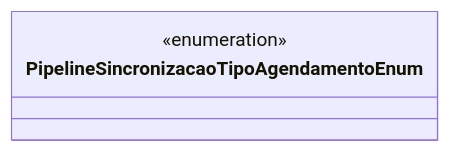
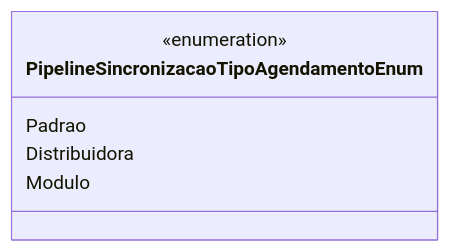
The diagram in docs/b2b-dominio/IsthmusWinthor.Nucleo/IsthmusWinthor.Dominio/Enumeradores/PipelineSincronizacaoTipoAgendamentoEnum.md (IsthmusSistemas/documentacao-tecnica), drawn with Mermaid before and after one commit. The commit also changed other lines of this file and 882 other files, not shown here.

````diff
--- a/docs/b2b-dominio/IsthmusWinthor.Nucleo/IsthmusWinthor.Dominio/Enumeradores/PipelineSincronizacaoTipoAgendamentoEnum.md
+++ b/docs/b2b-dominio/IsthmusWinthor.Nucleo/IsthmusWinthor.Dominio/Enumeradores/PipelineSincronizacaoTipoAgendamentoEnum.md
@@ -16,6 +12,9 @@
 ```mermaid
 classDiagram
     class PipelineSincronizacaoTipoAgendamentoEnum {
         <<enumeration>>
+        Padrao
+        Distribuidora
+        Modulo
     }
 ```
````
